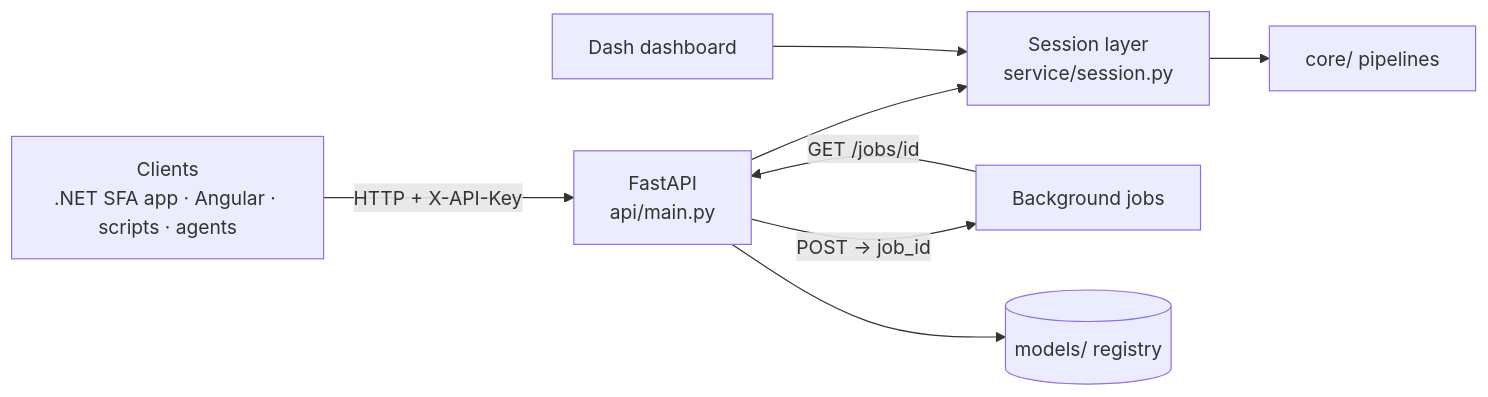
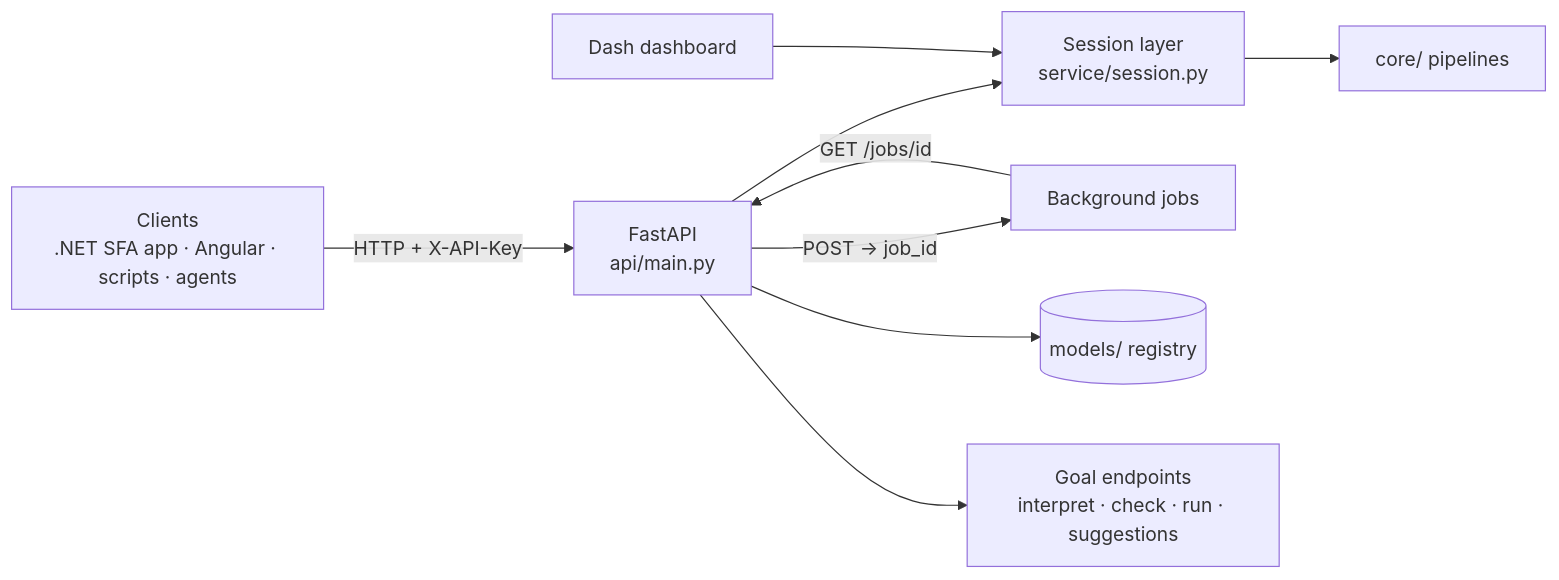
One commit to kulkarniDurvesh/ai-data-scientist-platform changed diagram 11 of 12 in docs/ARCHITECTURE.md. Above: the diagram before and after it, drawn with Mermaid. The commit also changed other lines of this file and 24 other files, not shown here.

````diff
--- a/docs/ARCHITECTURE.md
+++ b/docs/ARCHITECTURE.md
@@ -290,10 +318,11 @@
 ```mermaid
 flowchart LR
     C[Clients<br/>.NET SFA app · Angular · scripts · agents] -->|HTTP + X-API-Key| A[FastAPI<br/>api/main.py]
     A --> S[Session layer<br/>service/session.py]
     D[Dash dashboard] --> S
     S --> CORE[core/ pipelines]
     A -->|POST → job_id| J[Background jobs]
     J -->|GET /jobs/id| A
     A --> R[(models/ registry)]
+    A --> G[Goal endpoints<br/>interpret · check · run · suggestions]
 ```
````
